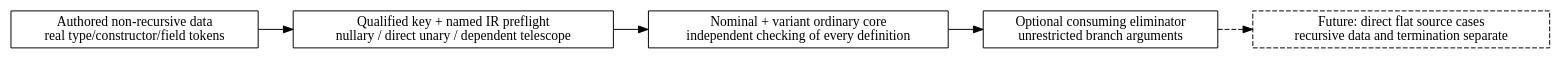
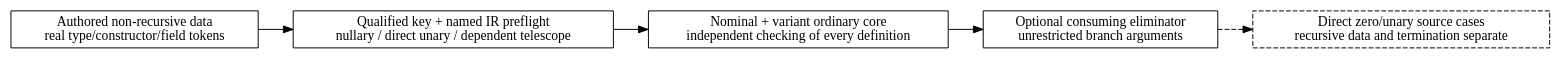
The diagram in docs/diagrams/source-data.dot (odunboye/fibril), drawn with Graphviz before and after one commit. The commit also changed 25 other files, not shown here.

Commit message:
Add direct source cases for nullary and unary data

```diff
--- a/docs/diagrams/source-data.dot
+++ b/docs/diagrams/source-data.dot
@@ -1,11 +1,11 @@
 digraph SourceData {
   rankdir=LR;
   node [shape=box];
   authored [label="Authored non-recursive data\nreal type/constructor/field tokens"];
   lowering [label="Qualified key + named IR preflight\nnullary / direct unary / dependent telescope"];
   core [label="Nominal + variant ordinary core\nindependent checking of every definition"];
   helper [label="Optional consuming eliminator\nunrestricted branch arguments"];
   authored -> lowering -> core -> helper;
-  next [label="Future: direct flat source cases\nrecursive data and termination separate", style=dashed];
+  next [label="Direct zero/unary source cases\nrecursive data and termination separate", style=dashed];
   helper -> next [style=dashed];
 }
```
